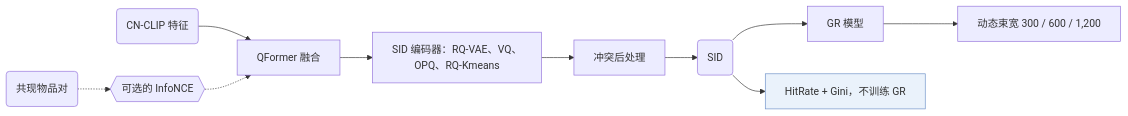
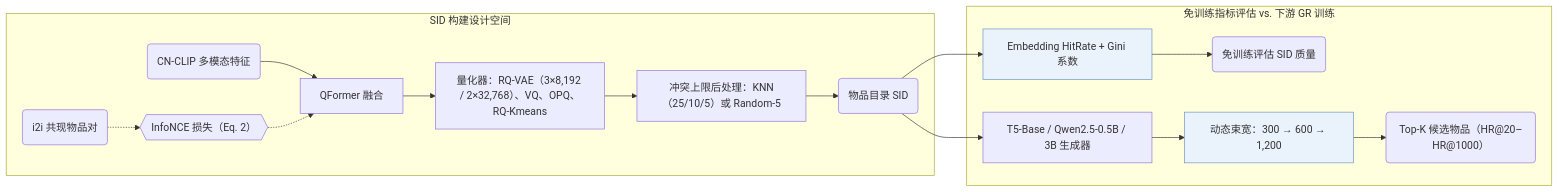
Before and after one commit to Galaxy-ghost/Awesome-SID-Generative-Rec: the diagram in notes/zh/forge.md, drawn with Mermaid. The commit also changed other lines of this file and 649 other files, not shown here.

Commit message:
writer-05: also tags and modality index (schema, check, build, visuals); summary field removed; calibration data for 12 papers

````diff
--- a/notes/zh/forge.md
+++ b/notes/zh/forge.md
@@ -13,13 +14,19 @@
 ```mermaid
 flowchart LR
-    A("CN-CLIP 特征") --> B["QFormer 融合"]
-    P("共现物品对") -.-> L1{{"可选的 InfoNCE"}}
-    L1 -.-> B
-    B --> C["SID 编码器：RQ-VAE、VQ、OPQ、RQ-Kmeans"]
-    C --> D["冲突后处理"]
-    D --> E("SID")
-    E --> F["GR 模型"]
-    F --> G["动态束宽 300 / 600 / 1,200"]
-    E --> Q["HitRate + Gini，不训练 GR"]:::key
+    subgraph TokBench["SID 构建设计空间"]
+        A("CN-CLIP 多模态特征") --> B["QFormer 融合"]
+        P("i2i 共现物品对") -.-> L1{{"InfoNCE 损失（Eq. 2）"}}
+        L1 -.-> B
+        B --> C["量化器：RQ-VAE（3×8,192 / 2×32,768）、VQ、OPQ、RQ-Kmeans"]
+        C --> D["冲突上限后处理：KNN（25/10/5）或 Random-5"]
+        D --> E("物品目录 SID")
+    end
+    subgraph EvalPath["免训练指标评估 vs. 下游 GR 训练"]
+        E --> Q["Embedding HitRate + Gini 系数"]:::key
+        Q --> Fast("免训练评估 SID 质量")
+        E --> F["T5-Base / Qwen2.5-0.5B / 3B 生成器"]
+        F --> G["动态束宽：300 → 600 → 1,200"]:::key
+        G --> H("Top-K 候选物品（HR@20–HR@1000）")
+    end
     classDef key fill:#eaf2fb,stroke:#6b8fc7
 ```
````
